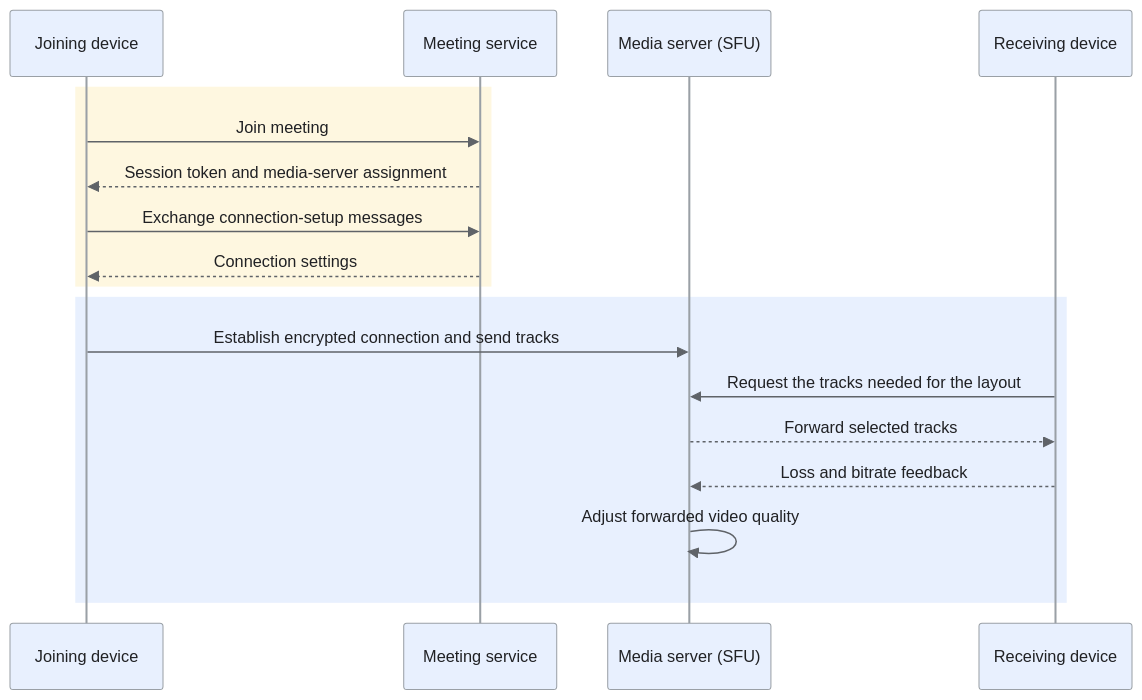
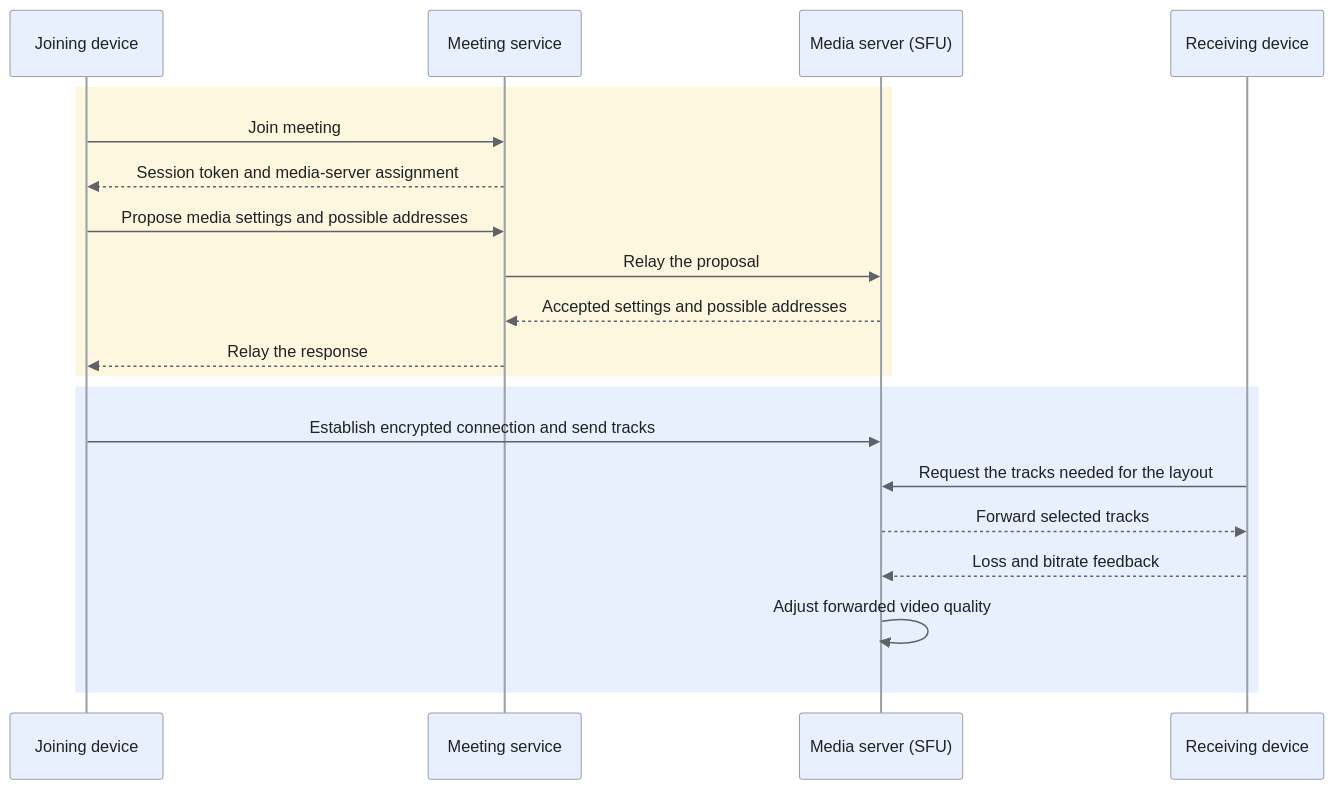
Before and after one commit to iliazlobin/iliazlobin.github.io: the second of 7 diagrams in _designs/system-design-video-conferencing-zoom.md, drawn with Mermaid. The commit also changed other lines of this file and 4 other files, not shown here.

Commit message:
docs: verify Zoom concept introductions and readable flows

````diff
--- a/_designs/system-design-video-conferencing-zoom.md
+++ b/_designs/system-design-video-conferencing-zoom.md
@@ -195,22 +199,24 @@
 ```mermaid
 %%{init: {'theme':'base','htmlLabels':false,'flowchart':{'htmlLabels':false},'themeVariables':{'fontFamily':'Arial, sans-serif','primaryColor':'#e8f0fe','primaryTextColor':'#202124','primaryBorderColor':'#9aa0a6','lineColor':'#5f6368','secondaryColor':'#e6f4ea','tertiaryColor':'#fef7e0','actorBkg':'#e8f0fe','actorBorder':'#9aa0a6','actorTextColor':'#202124','noteBkgColor':'#fef7e0','noteTextColor':'#202124','noteBorderColor':'#9aa0a6','signalColor':'#5f6368','signalTextColor':'#202124','labelBoxBkgColor':'#fef7e0','labelBoxBorderColor':'#9aa0a6'}}}%%
 sequenceDiagram
   participant U as Joining device
   participant M as Meeting service
   participant F as Media server (SFU)
   participant R as Receiving device
   rect rgb(254, 247, 224)
     U->>M: Join meeting
     M-->>U: Session token and media-server assignment
-    U->>M: Exchange connection-setup messages
-    M-->>U: Connection settings
+    U->>M: Propose media settings and possible addresses
+    M->>F: Relay the proposal
+    F-->>M: Accepted settings and possible addresses
+    M-->>U: Relay the response
   end
   rect rgb(232, 240, 254)
     U->>F: Establish encrypted connection and send tracks
     R->>F: Request the tracks needed for the layout
     F-->>R: Forward selected tracks
     R-->>F: Loss and bitrate feedback
     F->>F: Adjust forwarded video quality
   end
 
 ```
````
